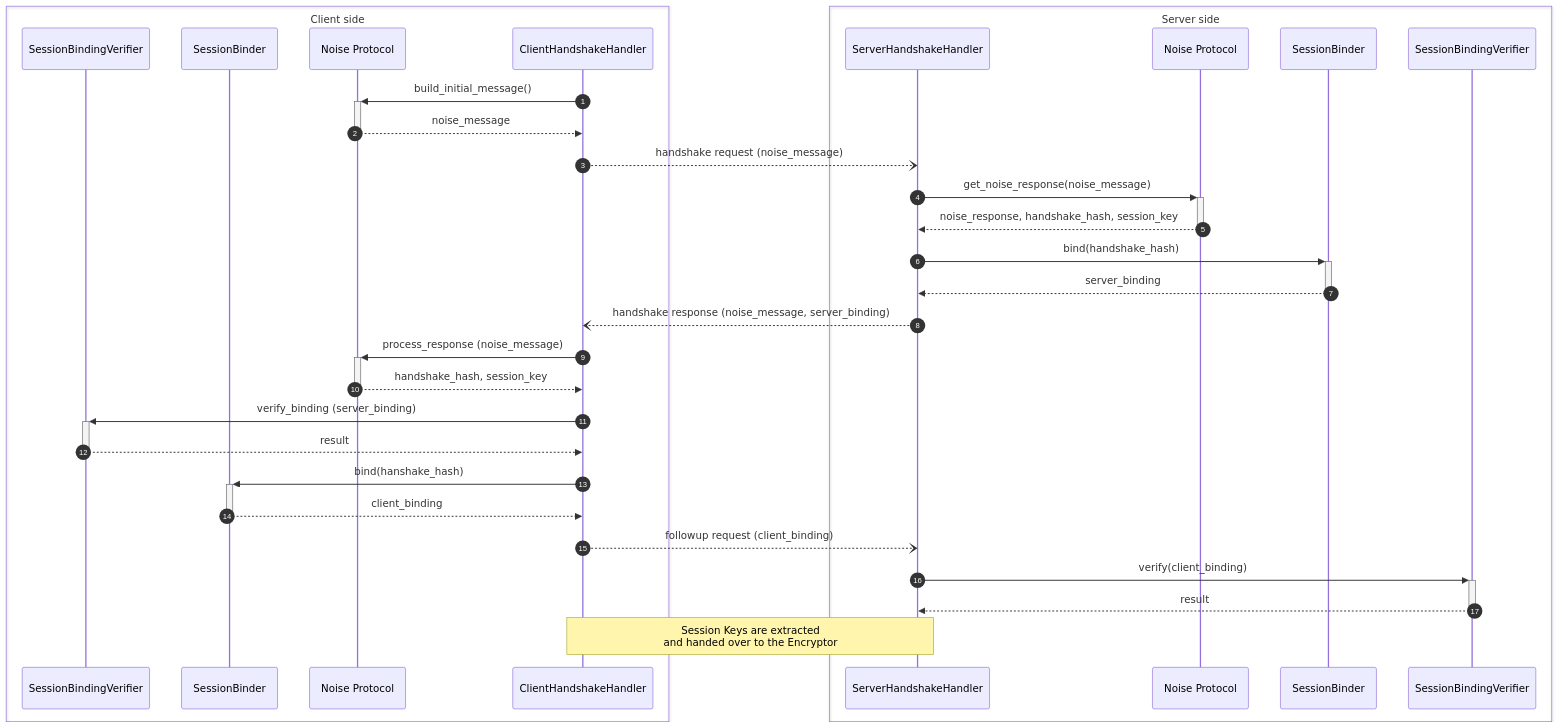
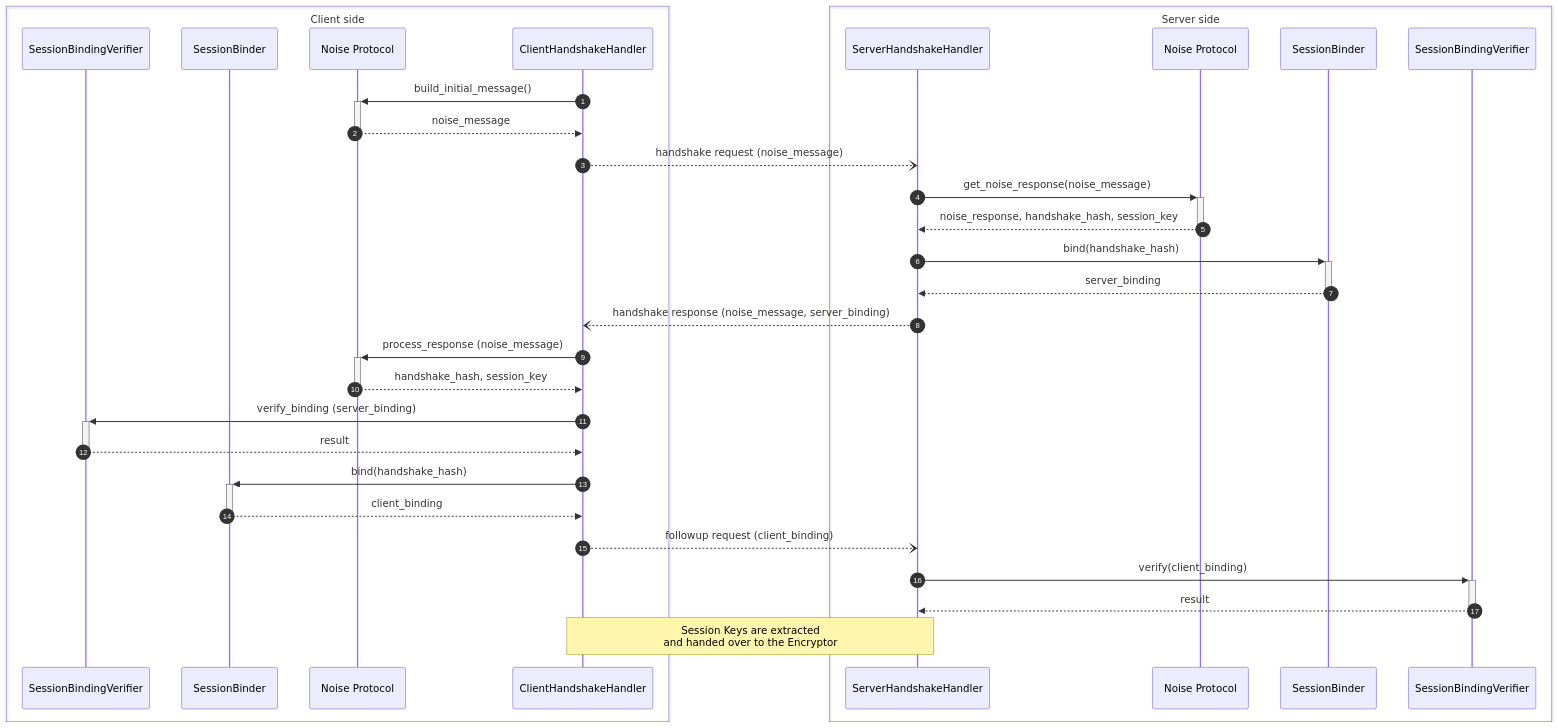
The fifth of 5 diagrams in oak_session/README.md (project-oak/oak), drawn with Mermaid before and after one commit. The commit also changed 12 other files, not shown here.

````diff
--- a/oak_session/README.md
+++ b/oak_session/README.md
@@ -372,42 +372,42 @@
 ```mermaid
 sequenceDiagram
     autonumber
 
     box Client side
         participant CSV as SessionBindingVerifier
         participant CSB as SessionBinder
         participant CN as Noise Protocol
         participant CH as ClientHandshakeHandler
     end
     box Server side
         participant SH as ServerHandshakeHandler
         participant SN as Noise Protocol
         participant SSB as SessionBinder
         participant SSV as SessionBindingVerifier
     end
 
     CH->>+CN: build_initial_message()
     CN-->>-CH: noise_message
 
     CH--)SH: handshake request (noise_message)
     SH->>+SN: get_noise_response(noise_message)
     SN-->>-SH: noise_response, handshake_hash, session_key
 
     SH->>+SSB: bind(handshake_hash)
     SSB-->>-SH: server_binding
     SH--)CH: handshake response (noise_message, server_binding)
 
     CH->>+CN: process_response (noise_message)
     CN-->>-CH: handshake_hash, session_key
     CH->>+CSV: verify_binding (server_binding)
     CSV-->>-CH: result
 
-    CH->>+CSB: bind(hanshake_hash)
+    CH->>+CSB: bind(handshake_hash)
     CSB-->>-CH: client_binding
     CH--)SH: followup request (client_binding)
 
     SH->>+SSV: verify(client_binding)
     SSV-->>-SH: result
 
     Note over CH,SH: Session Keys are extracted<br/>and handed over to the Encryptor
 ```
````
